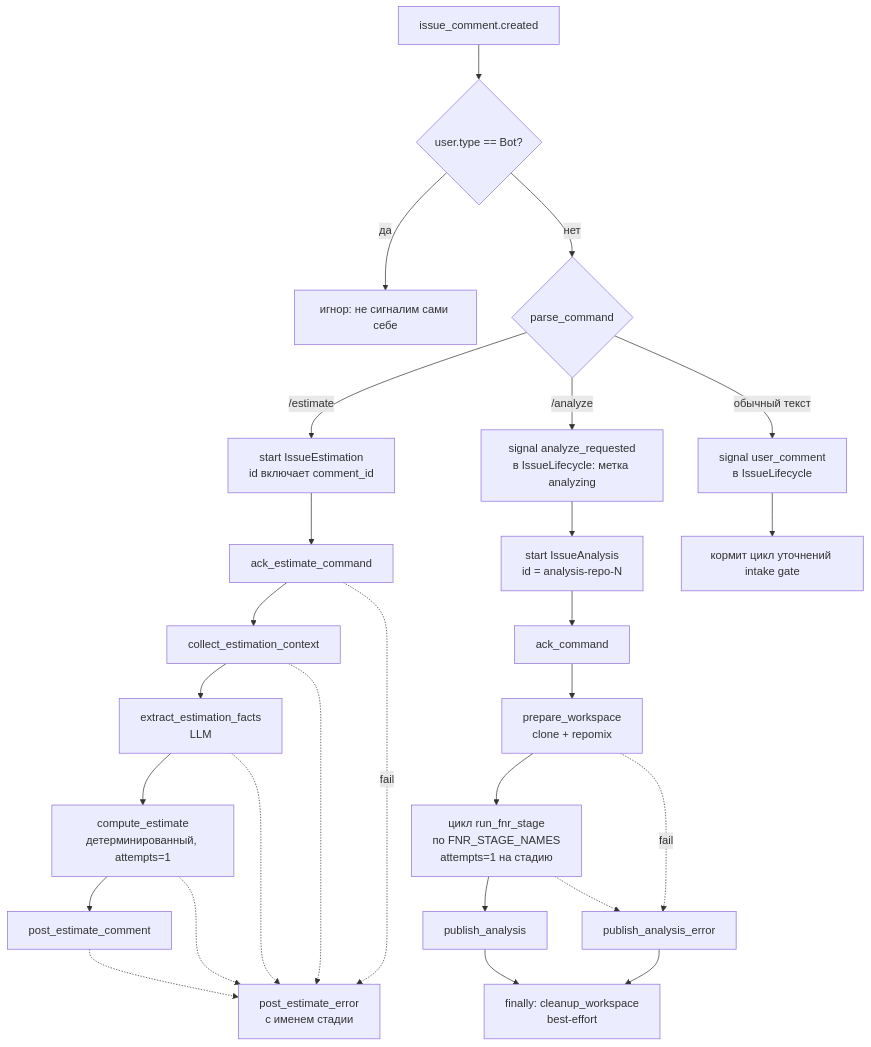
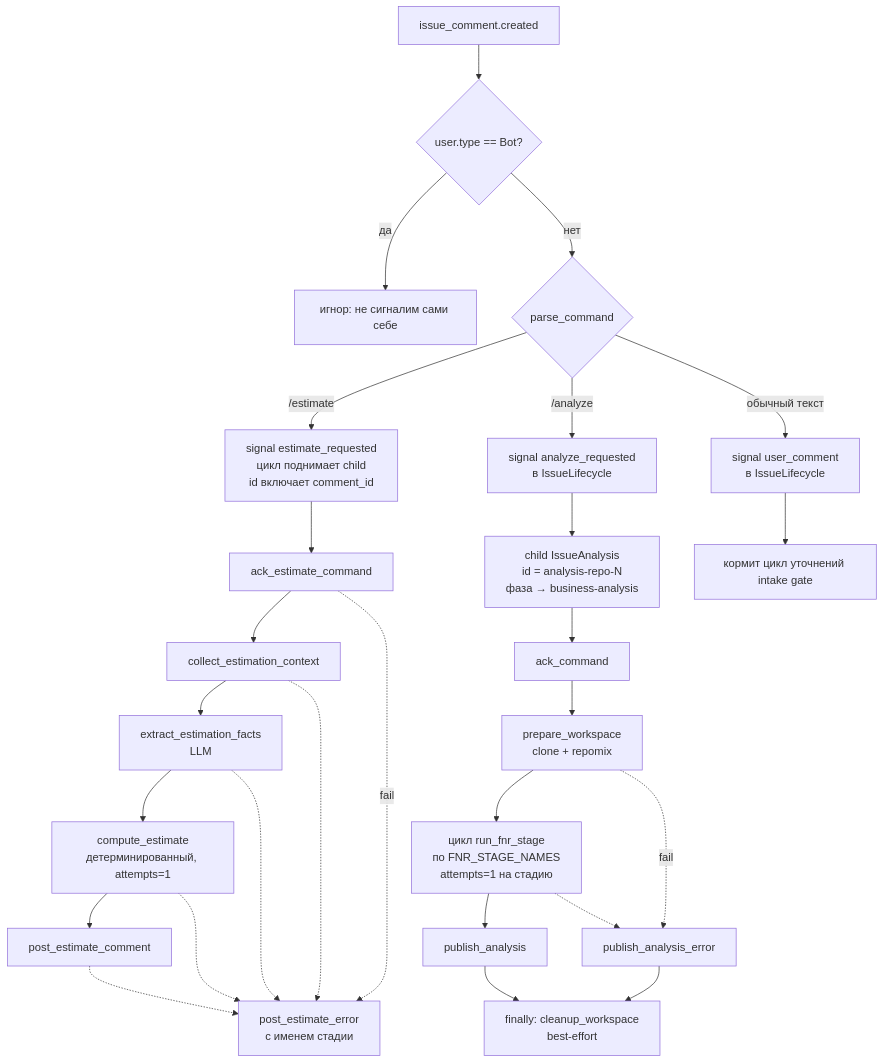
Before and after one commit to po-helper-org/poh-issue-agents: the second of 2 diagrams in README.md, drawn with Mermaid. The commit also changed other lines of this file and 17 other files, not shown here.

````diff
--- a/README.md
+++ b/README.md
@@ -212,24 +218,24 @@
 ```mermaid
 flowchart TD
     A["issue_comment.created"] --> B{"user.type == Bot?"}
     B -->|да| B1["игнор: не сигналим сами себе"]
     B -->|нет| C{"parse_command"}
 
-    C -->|"/estimate"| D["start IssueEstimation<br/>id включает comment_id"]
+    C -->|"/estimate"| D["signal estimate_requested<br/>цикл поднимает child<br/>id включает comment_id"]
     D --> D1["ack_estimate_command"] --> D2["collect_estimation_context"] --> D3["extract_estimation_facts<br/>LLM"] --> D4["compute_estimate<br/>детерминированный, attempts=1"] --> D5["post_estimate_comment"]
     D1 -.->|fail| DE["post_estimate_error<br/>с именем стадии"]
     D2 -.-> DE
     D3 -.-> DE
     D4 -.-> DE
     D5 -.-> DE
 
-    C -->|"/analyze"| E["signal analyze_requested<br/>в IssueLifecycle: метка analyzing"]
-    E --> F["start IssueAnalysis<br/>id = analysis-repo-N"]
+    C -->|"/analyze"| E["signal analyze_requested<br/>в IssueLifecycle"]
+    E --> F["child IssueAnalysis<br/>id = analysis-repo-N<br/>фаза → business-analysis"]
     F --> F1["ack_command"] --> F2["prepare_workspace<br/>clone + repomix"] --> F3["цикл run_fnr_stage<br/>по FNR_STAGE_NAMES<br/>attempts=1 на стадию"] --> F4["publish_analysis"]
     F2 -.->|fail| FE["publish_analysis_error"]
     F3 -.-> FE
     F4 --> FIN["finally: cleanup_workspace<br/>best-effort"]
     FE --> FIN
 
     C -->|обычный текст| G["signal user_comment<br/>в IssueLifecycle"] --> G1["кормит цикл уточнений intake gate"]
 ```
````
